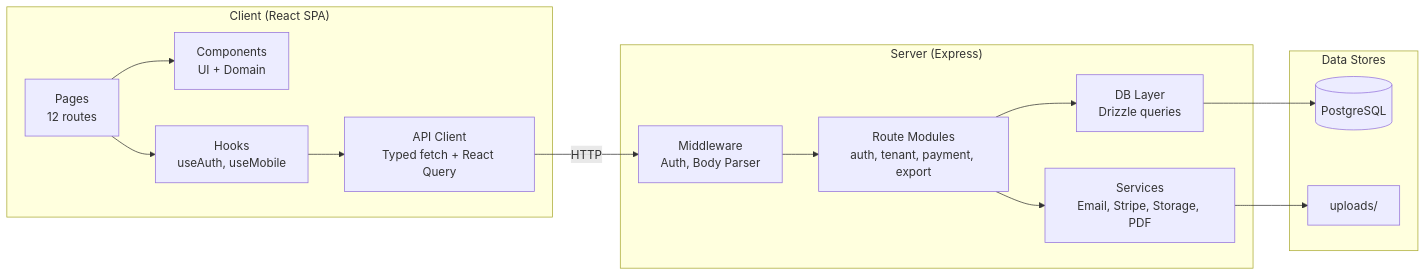
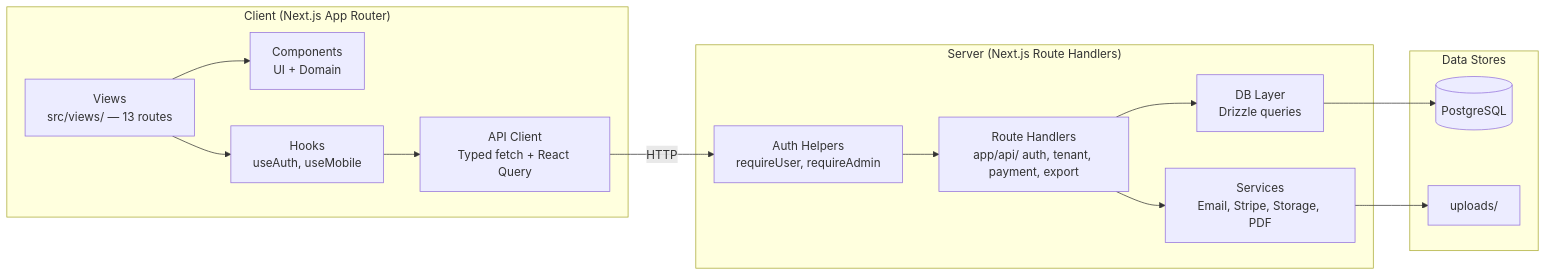
Before and after one commit to erium/app-template: the second of 6 diagrams in docs/architecture-logical.md, drawn with Mermaid. The commit also changed other lines of this file and 7 other files, not shown here.

First line of the commit message:
docs: update all documentation for Next.js App Router migration

````diff
--- a/docs/architecture-logical.md
+++ b/docs/architecture-logical.md
@@ -43,31 +43,31 @@
 ```mermaid
 graph LR
-    subgraph Client["Client (React SPA)"]
-        Pages["Pages<br/>12 routes"]
+    subgraph Client["Client (Next.js App Router)"]
+        Pages["Views<br/>src/views/ — 13 routes"]
         Components["Components<br/>UI + Domain"]
         Hooks["Hooks<br/>useAuth, useMobile"]
         APIClient["API Client<br/>Typed fetch + React Query"]
     end
 
-    subgraph Server["Server (Express)"]
-        Middleware["Middleware<br/>Auth, Body Parser"]
-        Routes["Route Modules<br/>auth, tenant, payment, export"]
+    subgraph Server["Server (Next.js Route Handlers)"]
+        Middleware["Auth Helpers<br/>requireUser, requireAdmin"]
+        Routes["Route Handlers<br/>app/api/ auth, tenant, payment, export"]
         Services["Services<br/>Email, Stripe, Storage, PDF"]
         DBLayer["DB Layer<br/>Drizzle queries"]
     end
 
     subgraph Data["Data Stores"]
         PG[("PostgreSQL")]
         Uploads["uploads/"]
     end
 
     Pages --> Components
     Pages --> Hooks
     Hooks --> APIClient
     APIClient -->|"HTTP"| Middleware
     Middleware --> Routes
     Routes --> Services
     Routes --> DBLayer
     DBLayer --> PG
     Services --> Uploads
 ```
````
